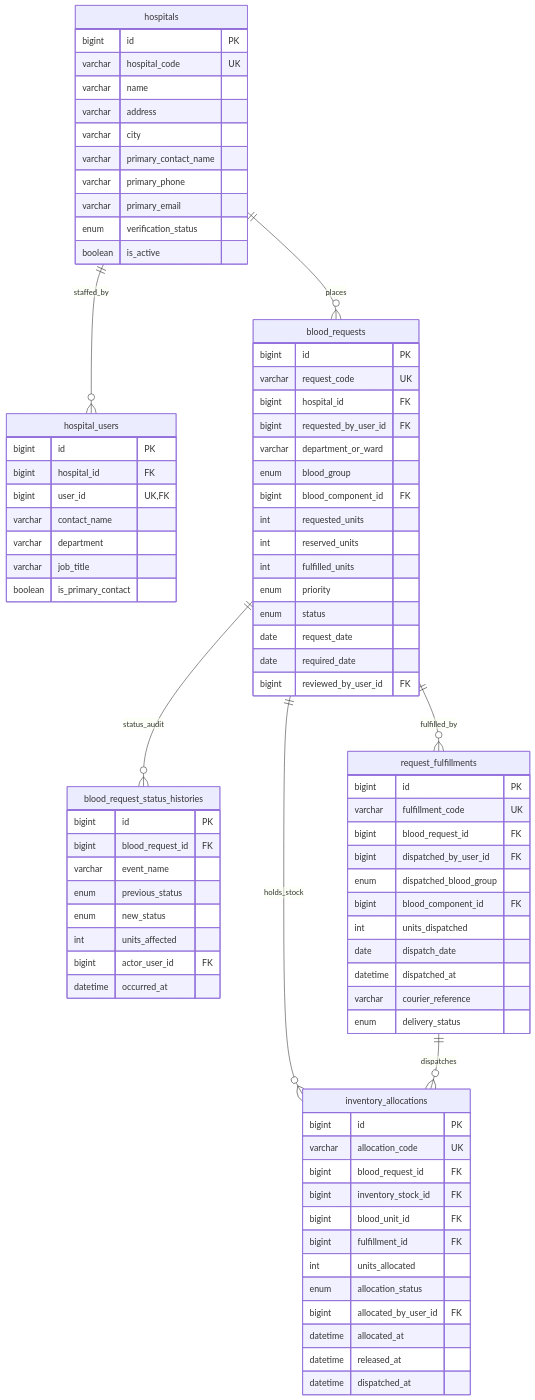
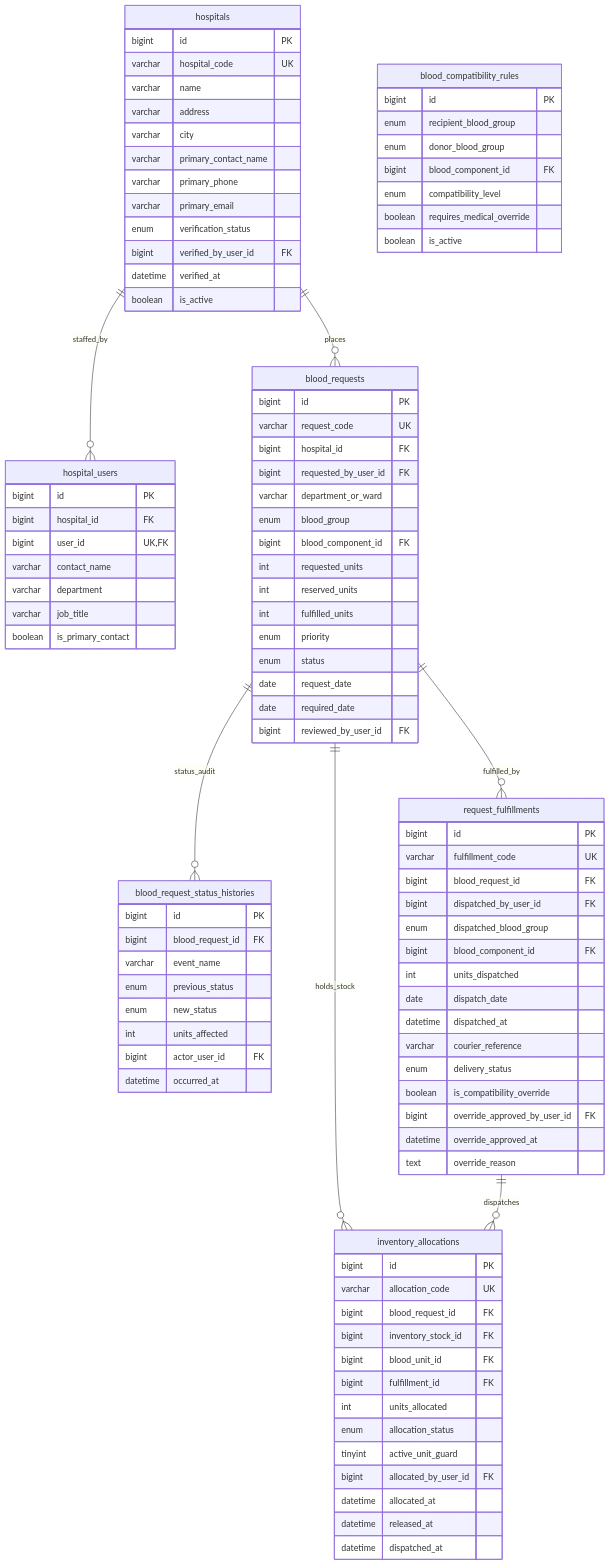
Before and after one commit to makarmee/BloodDonorMatchingSystem: the fourth of 5 diagrams in docs/database-design/ERD.md, drawn with Mermaid. The commit also changed other lines of this file and 4 other files, not shown here.

Commit message:
docs: add database design business rules, data dictionary, erd, and schema specifications

```diff
--- a/docs/database-design/ERD.md
+++ b/docs/database-design/ERD.md
@@ -289,6 +329,8 @@
         varchar primary_phone
         varchar primary_email
         enum verification_status
+        bigint verified_by_user_id FK
+        datetime verified_at
         boolean is_active
     }
 
@@ -300,6 +342,16 @@
         varchar department
         varchar job_title
         boolean is_primary_contact
+    }
+
+    blood_compatibility_rules {
+        bigint id PK
+        enum recipient_blood_group
+        enum donor_blood_group
+        bigint blood_component_id FK
+        enum compatibility_level
+        boolean requires_medical_override
+        boolean is_active
     }
 
     blood_requests {
@@ -340,6 +392,7 @@
         bigint fulfillment_id FK
         int units_allocated
         enum allocation_status
+        tinyint active_unit_guard
         bigint allocated_by_user_id FK
         datetime allocated_at
         datetime released_at
@@ -358,6 +411,10 @@
         datetime dispatched_at
         varchar courier_reference
         enum delivery_status
+        boolean is_compatibility_override
+        bigint override_approved_by_user_id FK
+        datetime override_approved_at
+        text override_reason
     }
 
     hospitals ||--o{ hospital_users : "staffed_by"
```
